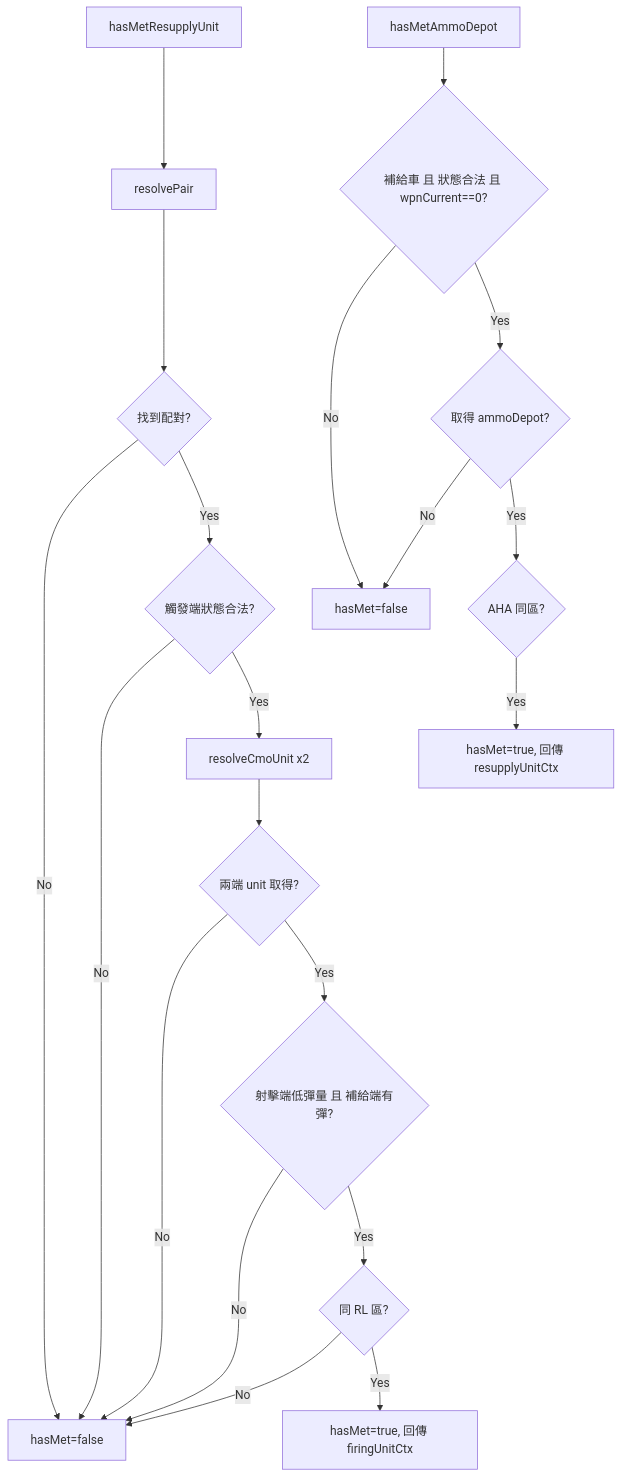
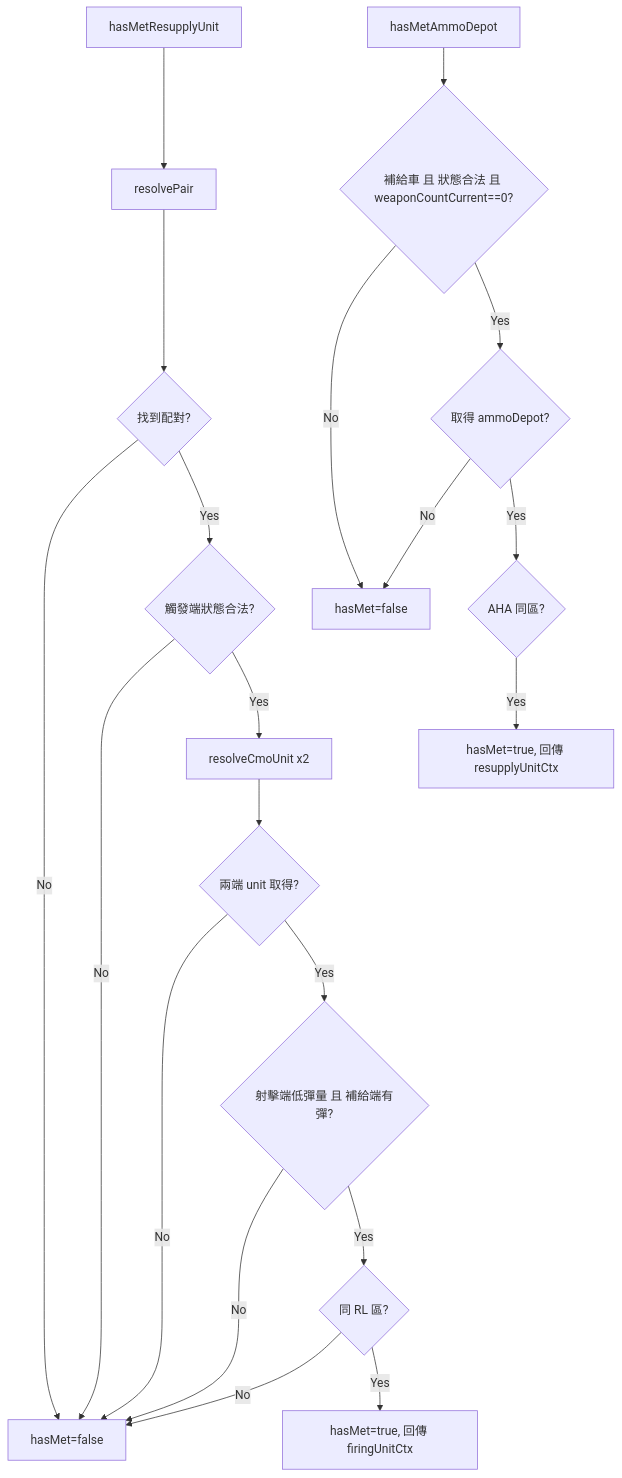
The diagram in docs/missileSystem/meeting.md (pullupjumper/formosa-in-flames), drawn with Mermaid before and after one commit. The commit also changed 67 other files, not shown here.

````diff
--- a/docs/missileSystem/meeting.md
+++ b/docs/missileSystem/meeting.md
@@ -30,23 +30,23 @@
 ```mermaid
 flowchart TD
     A[hasMetResupplyUnit] --> B[resolvePair]
     B --> C{找到配對?}
     C -->|No| X1[hasMet=false]
     C -->|Yes| D{觸發端狀態合法?}
     D -->|No| X1
     D -->|Yes| E[resolveCmoUnit x2]
     E --> F{兩端 unit 取得?}
     F -->|No| X1
     F -->|Yes| G{射擊端低彈量 且 補給端有彈?}
     G -->|No| X1
     G -->|Yes| H{同 RL 區?}
     H -->|No| X1
     H -->|Yes| I[hasMet=true, 回傳 firingUnitCtx]
 
-    J[hasMetAmmoDepot] --> K{補給車 且 狀態合法 且 wpnCurrent==0?}
+    J[hasMetAmmoDepot] --> K{補給車 且 狀態合法 且 weaponCountCurrent==0?}
     K -->|No| X2[hasMet=false]
     K -->|Yes| L{取得 ammoDepot?}
     L -->|No| X2
     L -->|Yes| M{AHA 同區?}
     M -->|Yes| N[hasMet=true, 回傳 resupplyUnitCtx]
 ```
````
